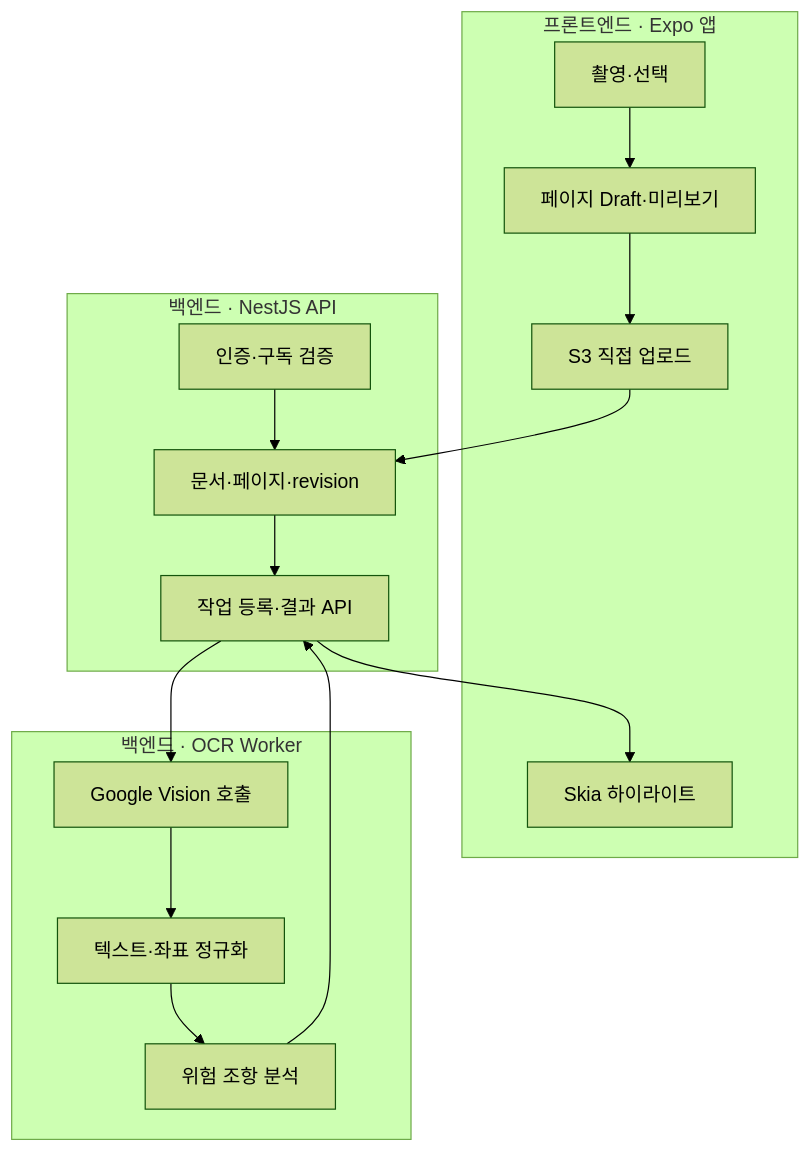
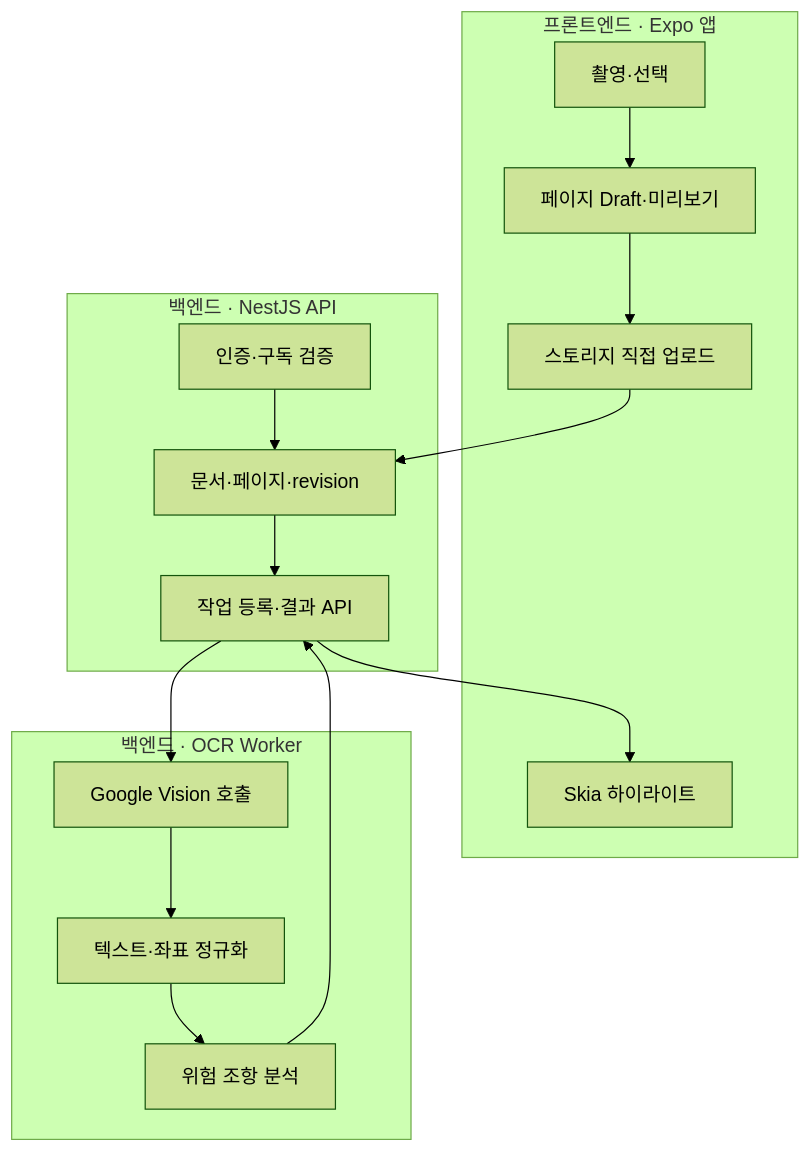
One commit to kyungchan3007/clause-lens changed the first of 5 diagrams in README.md. Above: the diagram before and after it, drawn with Mermaid (forest theme). The commit also changed other lines of this file and 3 other files, not shown here.

````diff
--- a/README.md
+++ b/README.md
@@ -104,27 +104,27 @@
 ```mermaid
 flowchart TB
     subgraph Frontend["프론트엔드 · Expo 앱"]
         Capture["촬영·선택"]
         Draft["페이지 Draft·미리보기"]
-        Upload["S3 직접 업로드"]
+        Upload["스토리지 직접 업로드"]
         Highlight["Skia 하이라이트"]
     end
 
     subgraph APIArea["백엔드 · NestJS API"]
         Auth["인증·구독 검증"]
         Document["문서·페이지·revision"]
         Job["작업 등록·결과 API"]
     end
 
     subgraph WorkerArea["백엔드 · OCR Worker"]
         OCR["Google Vision 호출"]
         Analyze["위험 조항 분석"]
         Normalize["텍스트·좌표 정규화"]
     end
 
     Capture --> Draft --> Upload
     Upload --> Document
     Auth --> Document --> Job
     Job --> OCR --> Normalize --> Analyze
     Analyze --> Job --> Highlight
 ```
````
